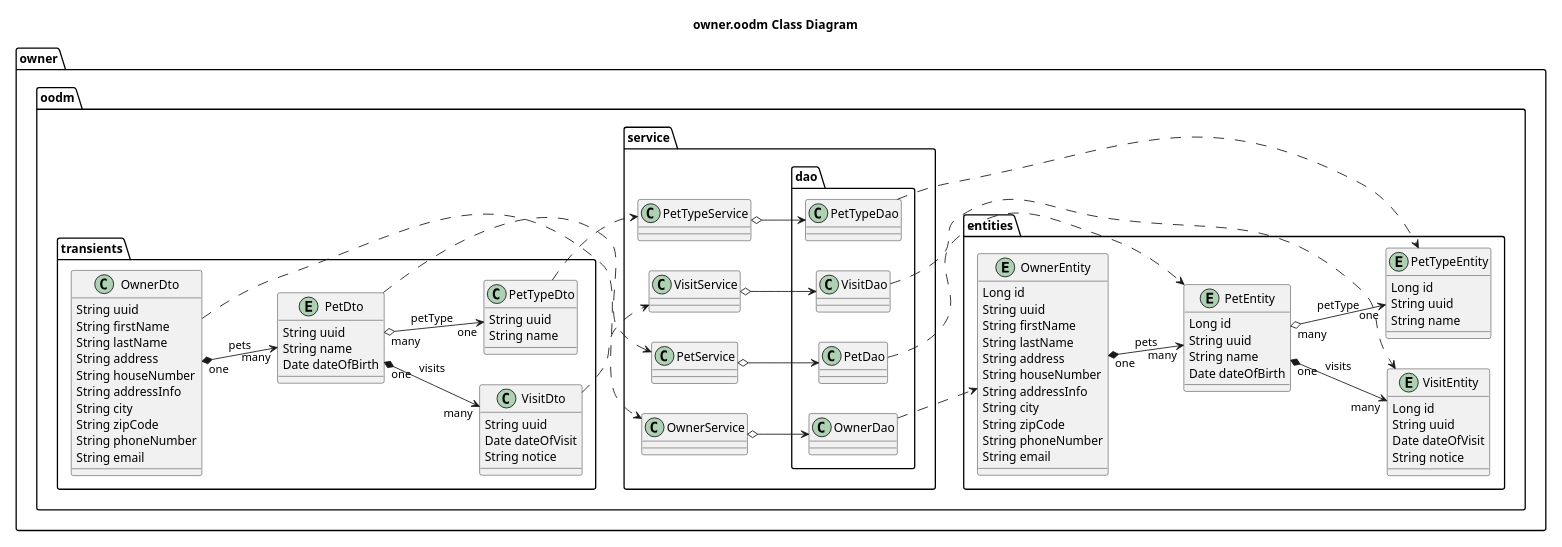
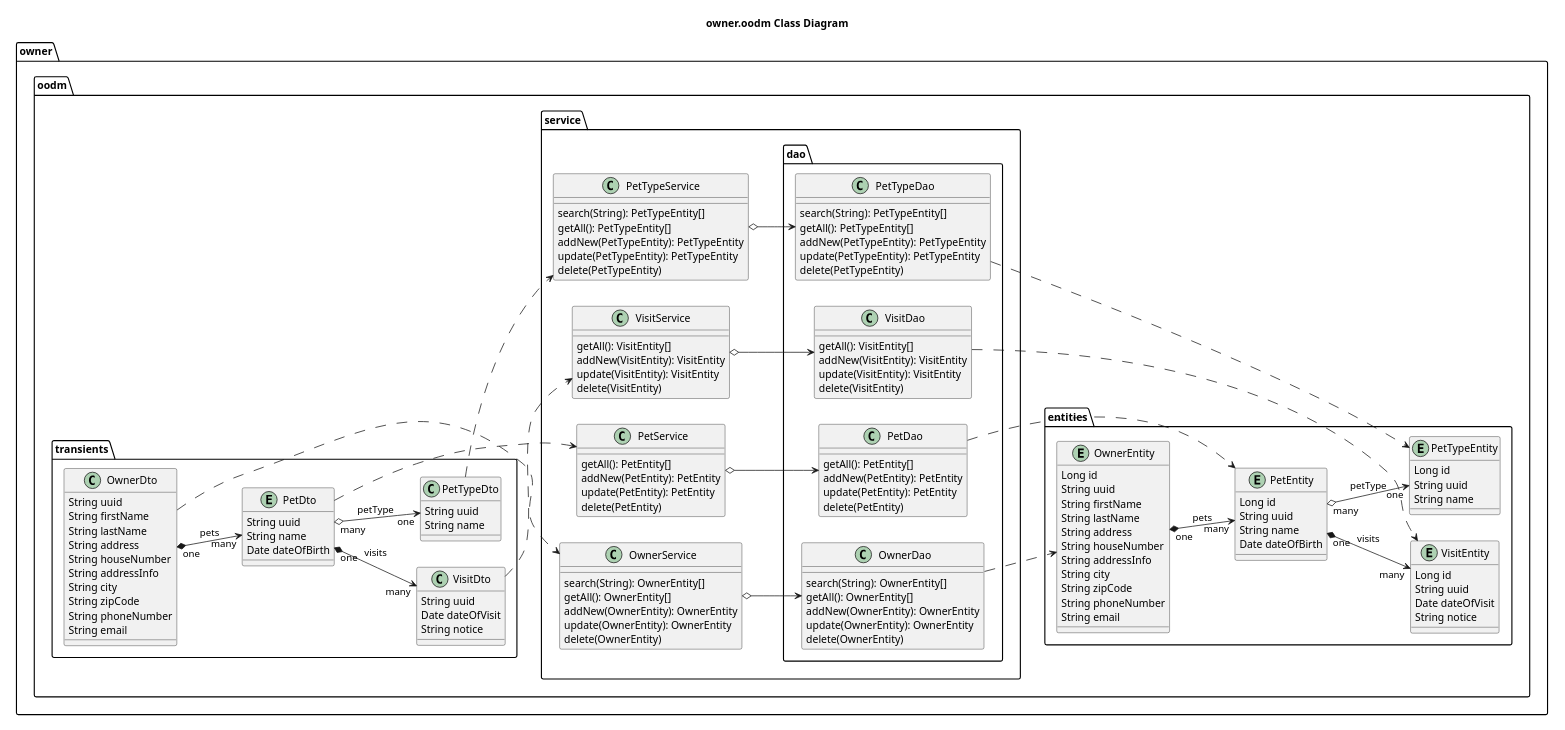
Before and after one commit to Jakarta-EE-Petclinic/petclinic-uml: the diagram in puml/owner/implementation/DB__class.puml, drawn with PlantUML. The commit also changed 6 other files, not shown here.

```diff
--- a/puml/owner/implementation/DB__class.puml
+++ b/puml/owner/implementation/DB__class.puml
@@ -1,138 +1,174 @@
 @startuml
 'https://plantuml.com/class-diagram
 
 title owner.oodm Class Diagram
 
 left to right direction
 ' top to bottom direction
 
 scale 1000 width
 
 package owner.oodm {
 
     package owner.oodm.entities {
 
         entity OwnerEntity {
             Long id
             String uuid
             String firstName
             String lastName
             String address
             String houseNumber
             String addressInfo
             String city
             String zipCode
             String phoneNumber
             String email
         }
 
         entity PetEntity {
             Long id
             String uuid
             String name
             Date dateOfBirth
         }
 
         entity VisitEntity {
             Long id
             String uuid
             Date dateOfVisit
             String notice
         }
 
         entity PetTypeEntity {
             Long id
             String uuid
             String name
         }
 
         OwnerEntity "one"  *--> "many"  PetEntity: pets
         PetEntity "one" *--> "many" VisitEntity: visits
         PetEntity "many"  o-->  "one" PetTypeEntity: petType
 
     }
 
     package owner.oodm.service {
 
         class OwnerService {
+            search(String): OwnerEntity[]
+            getAll(): OwnerEntity[]
+            addNew(OwnerEntity): OwnerEntity
+            update(OwnerEntity): OwnerEntity
+            delete(OwnerEntity)
         }
 
         class PetService {
+            getAll(): PetEntity[]
+            addNew(PetEntity): PetEntity
+            update(PetEntity): PetEntity
+            delete(PetEntity)
         }
 
         class VisitService {
+            getAll(): VisitEntity[]
+            addNew(VisitEntity): VisitEntity
+            update(VisitEntity): VisitEntity
+            delete(VisitEntity)
         }
 
         class PetTypeService {
+            search(String): PetTypeEntity[]
+            getAll(): PetTypeEntity[]
+            addNew(PetTypeEntity): PetTypeEntity
+            update(PetTypeEntity): PetTypeEntity
+            delete(PetTypeEntity)
         }
 
         package owner.oodm.service.dao {
 
             class OwnerDao {
+                search(String): OwnerEntity[]
+                getAll(): OwnerEntity[]
+                addNew(OwnerEntity): OwnerEntity
+                update(OwnerEntity): OwnerEntity
+                delete(OwnerEntity)
             }
 
             class PetDao {
+                getAll(): PetEntity[]
+                addNew(PetEntity): PetEntity
+                update(PetEntity): PetEntity
+                delete(PetEntity)
             }
 
             class VisitDao {
+                getAll(): VisitEntity[]
+                addNew(VisitEntity): VisitEntity
+                update(VisitEntity): VisitEntity
+                delete(VisitEntity)
             }
 
             class PetTypeDao {
+                search(String): PetTypeEntity[]
+                getAll(): PetTypeEntity[]
+                addNew(PetTypeEntity): PetTypeEntity
+                update(PetTypeEntity): PetTypeEntity
+                delete(PetTypeEntity)
             }
 
             OwnerDao ..> OwnerEntity
             PetDao ..> PetEntity
             PetTypeDao ..> PetTypeEntity
             VisitDao ..> VisitEntity
         }
 
         OwnerService o--> OwnerDao
         PetService o--> PetDao
         PetTypeService o--> PetTypeDao
         VisitService o--> VisitDao
     }
 
     package owner.oodm.transients {
 
         class OwnerDto {
             String uuid
             String firstName
             String lastName
             String address
             String houseNumber
             String addressInfo
             String city
             String zipCode
             String phoneNumber
             String email
         }
 
         entity PetDto {
             String uuid
             String name
             Date dateOfBirth
         }
 
         class PetTypeDto {
             String uuid
             String name
         }
 
         class VisitDto {
             String uuid
             Date dateOfVisit
             String notice
         }
 
         OwnerDto "one"  *--> "many"  PetDto: pets
         PetDto "one" *--> "many" VisitDto: visits
         PetDto "many"  o-->  "one" PetTypeDto: petType
 
         OwnerDto ..> OwnerService
         PetDto ..> PetService
         VisitDto ..> VisitService
         PetTypeDto  ..> PetTypeService
     }
 }
 
 @enduml
```
